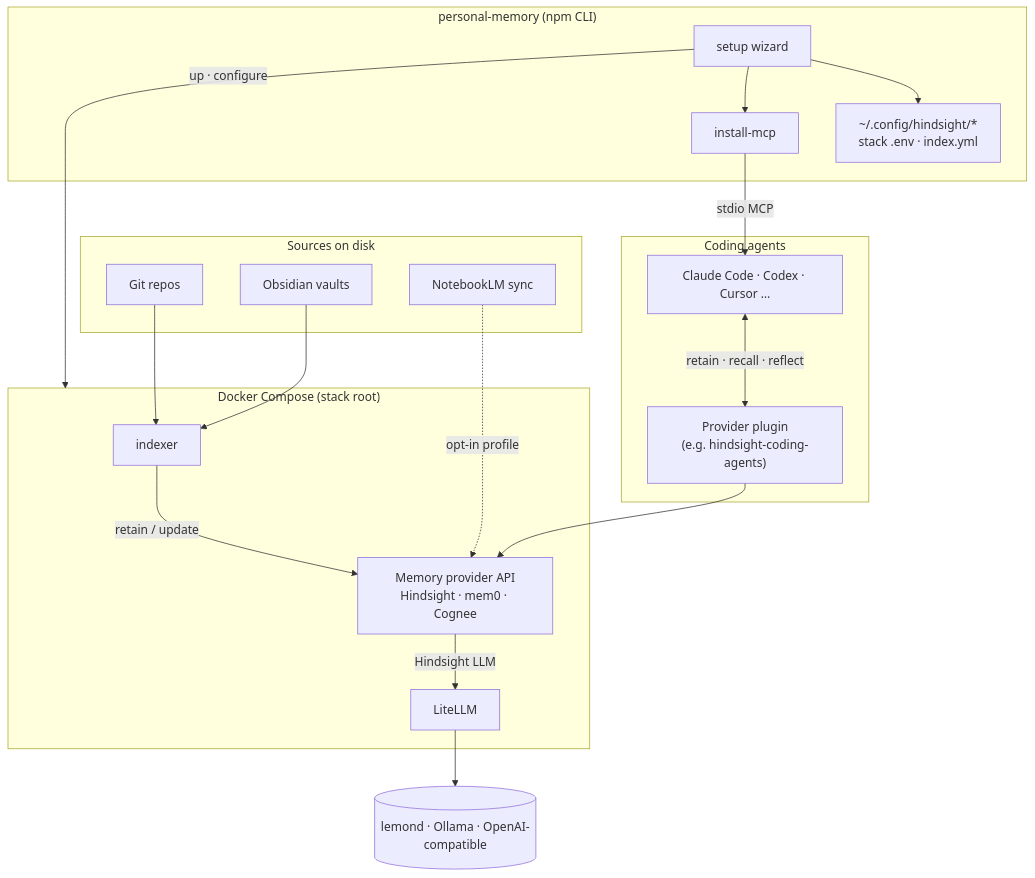
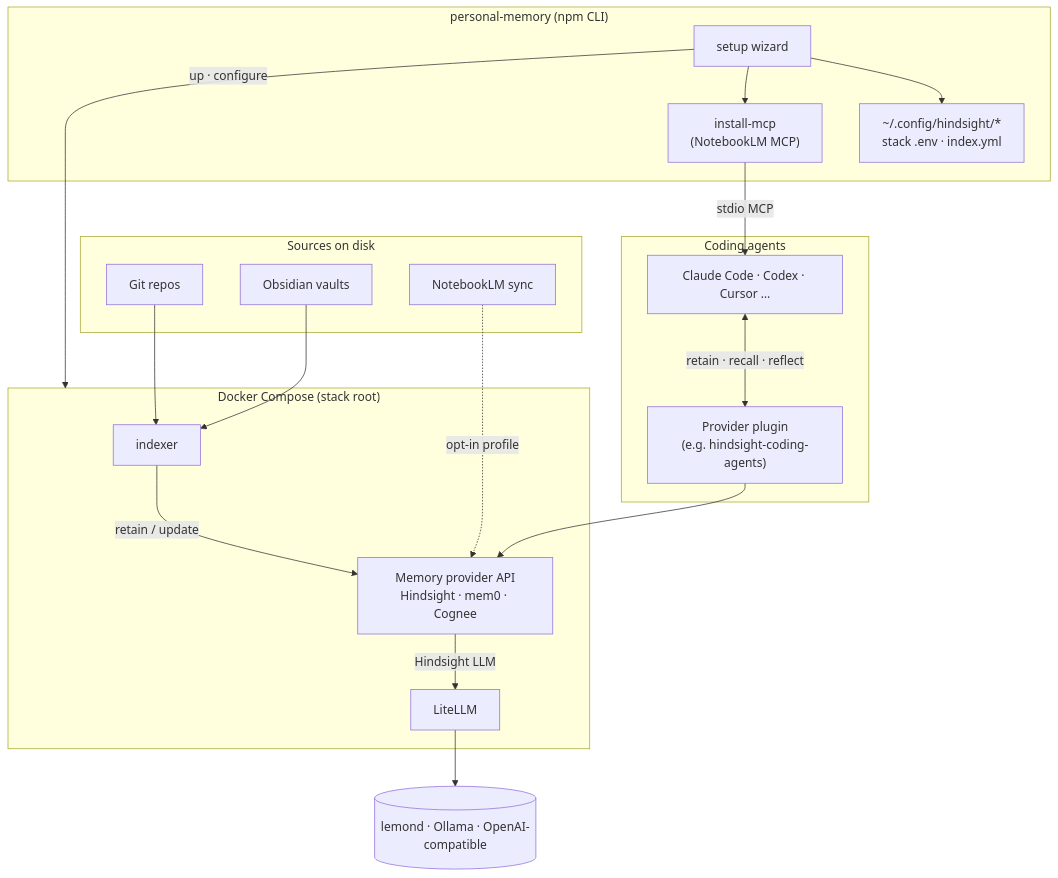
One commit to bcmyguest/openmem changed the diagram in README.md. Above: the diagram before and after it, drawn with Mermaid. The commit also changed other lines of this file and 32 other files, not shown here.

````diff
--- a/README.md
+++ b/README.md
@@ -32,39 +34,39 @@
 ```mermaid
 flowchart TB
   subgraph setup["personal-memory (npm CLI)"]
     W[setup wizard]
     W --> ENV["~/.config/hindsight/*\nstack .env · index.yml"]
-    W --> MCP[install-mcp]
+    W --> MCP["install-mcp\n(NotebookLM MCP)"]
   end
 
   subgraph sources["Sources on disk"]
     GIT[Git repos]
     OBS[Obsidian vaults]
     NLM[NotebookLM sync]
   end
 
   subgraph stack["Docker Compose (stack root)"]
     IDX[indexer]
     PROV["Memory provider API\nHindsight · mem0 · Cognee"]
     IDX -->|retain / update| PROV
     LIT[LiteLLM]
     PROV -->|Hindsight LLM| LIT
   end
 
   LIT --> LLM[(lemond · Ollama · OpenAI-compatible)]
 
   GIT --> IDX
   OBS --> IDX
   NLM -.->|opt-in profile| PROV
 
   subgraph agents["Coding agents"]
     AG[Claude Code · Codex · Cursor …]
     PLG["Provider plugin\n(e.g. hindsight-coding-agents)"]
     MCP -->|stdio MCP| AG
   end
 
   AG <-->|retain · recall · reflect| PLG
   PLG --> PROV
 
   W -->|up · configure| stack
 ```
````
